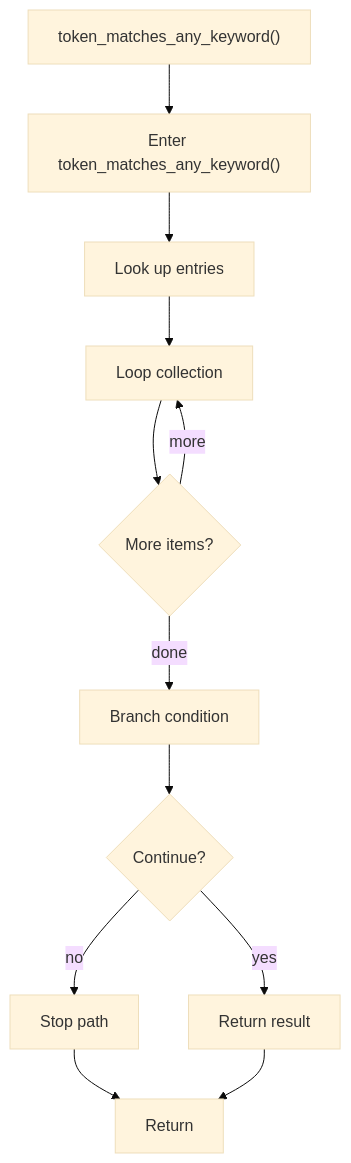
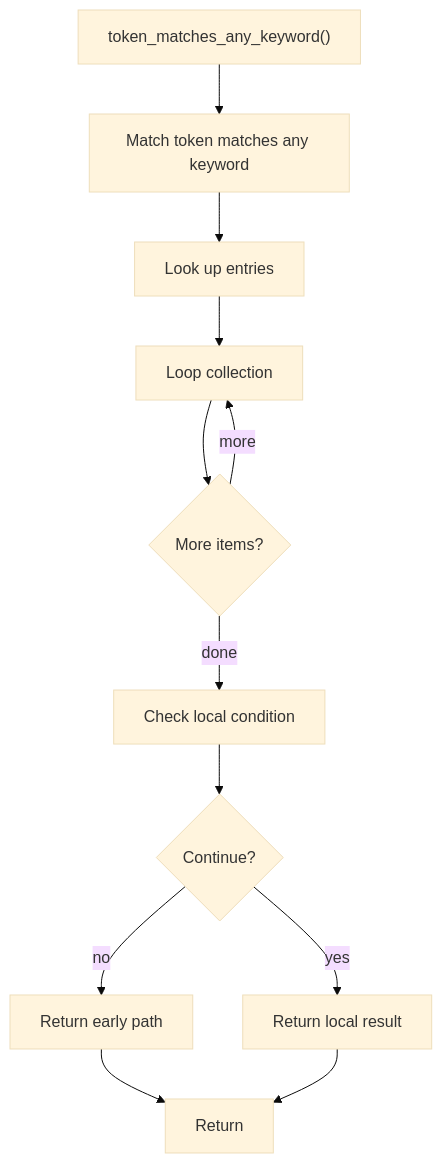
The diagram in docs/Codebase/Microservice/Modules/Source/Analysis/Lexical/StructuralHooks/Flow/functions/token_matches_any_keyword.cpp.md (JohnAndrewBalbarosa/NeoTerritory), drawn with Mermaid (base theme) before and after one commit. The commit also changed other lines of this file and 915 other files, not shown here.

````diff
--- a/docs/Codebase/Microservice/Modules/Source/Analysis/Lexical/StructuralHooks/Flow/functions/token_matches_any_keyword.cpp.md
+++ b/docs/Codebase/Microservice/Modules/Source/Analysis/Lexical/StructuralHooks/Flow/functions/token_matches_any_keyword.cpp.md
@@ -19,24 +19,24 @@
 ```mermaid
 flowchart TD
     Start["token_matches_any_keyword()"]
-    N0["Enter token_matches_any_keyword()"]
+    N0["Match token matches any keyword"]
     N1["Look up entries"]
     N2["Loop collection"]
     L2{"More items?"}
-    N3["Branch condition"]
+    N3["Check local condition"]
     D3{"Continue?"}
-    R3["Stop path"]
-    N4["Return result"]
+    R3["Return early path"]
+    N4["Return local result"]
     End["Return"]
     Start --> N0
     N0 --> N1
     N1 --> N2
     N2 --> L2
     L2 -->|more| N2
     L2 -->|done| N3
     N3 --> D3
     D3 -->|yes| N4
     D3 -->|no| R3
     R3 --> End
     N4 --> End
 ```
````
